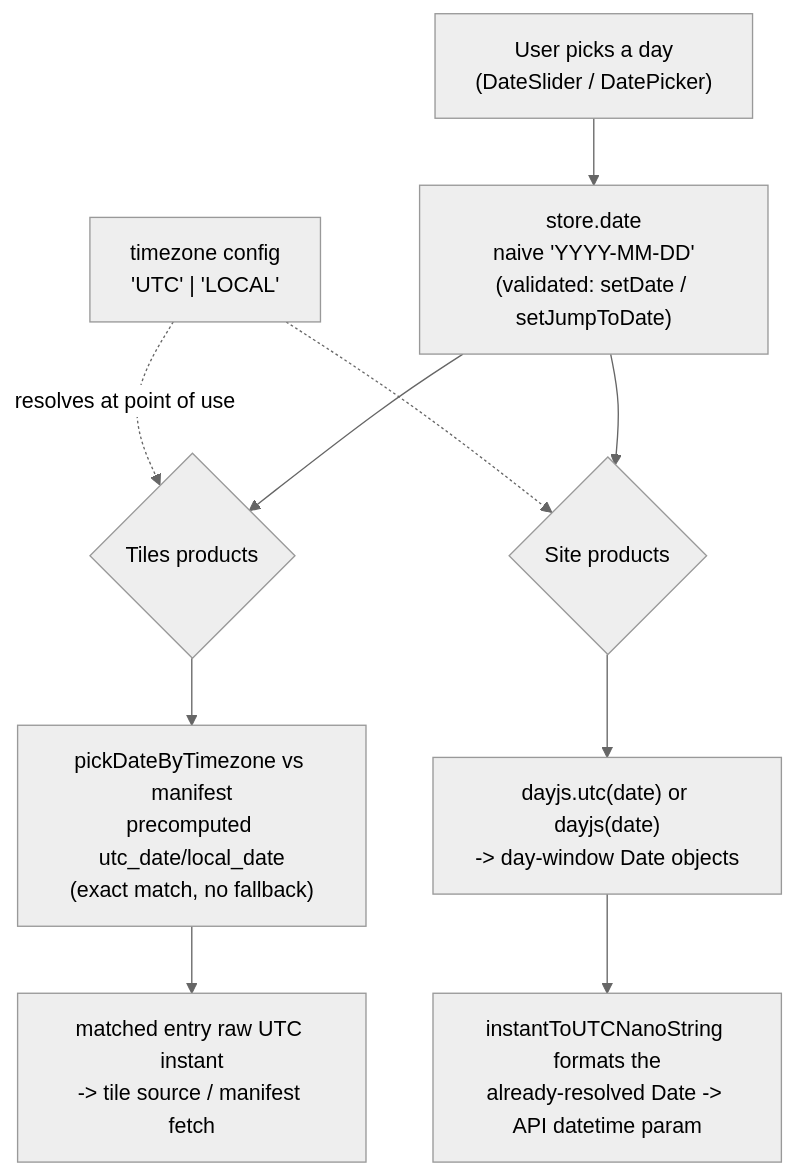
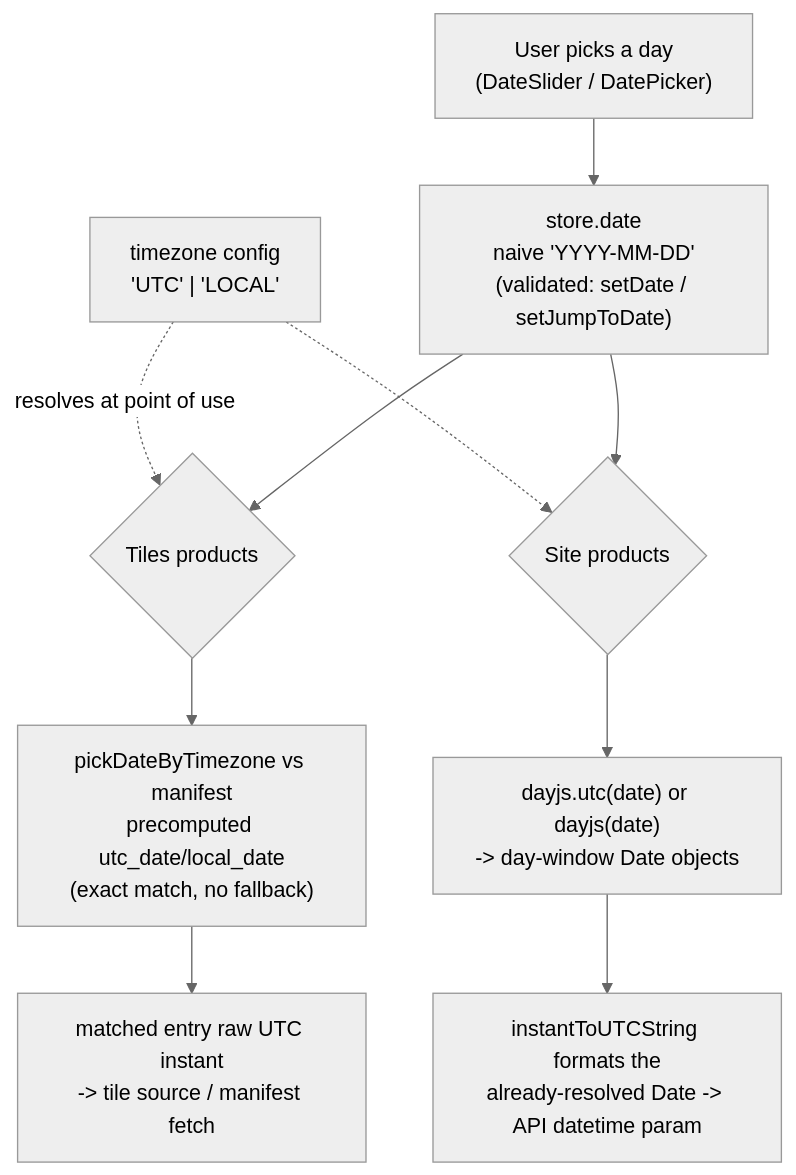
One commit to aodn/imos-live-frontend changed the diagram in docs/DateTime-Design.md. Above: the diagram before and after it, drawn with Mermaid (neutral theme). The commit also changed other lines of this file and 2 other files, not shown here.

Commit message:
docs: update architecture graph

````diff
--- a/docs/DateTime-Design.md
+++ b/docs/DateTime-Design.md
@@ -152,12 +153,12 @@
 ```mermaid
 flowchart TD
     A["User picks a day\n(DateSlider / DatePicker)"] --> B["store.date\nnaive 'YYYY-MM-DD'\n(validated: setDate / setJumpToDate)"]
     T["timezone config\n'UTC' | 'LOCAL'"] -.resolves at point of use.-> C
     T -.-> D
     B --> C{"Tiles products"}
     B --> D{"Site products"}
     C --> C1["pickDateByTimezone vs manifest\nprecomputed utc_date/local_date\n(exact match, no fallback)"]
     C1 --> C2["matched entry raw UTC instant\n-> tile source / manifest fetch"]
     D --> D1["dayjs.utc(date) or dayjs(date)\n-> day-window Date objects"]
-    D1 --> D2["instantToUTCNanoString formats the\nalready-resolved Date -> API datetime param"]
+    D1 --> D2["instantToUTCString formats the\nalready-resolved Date -> API datetime param"]
 ```
````
